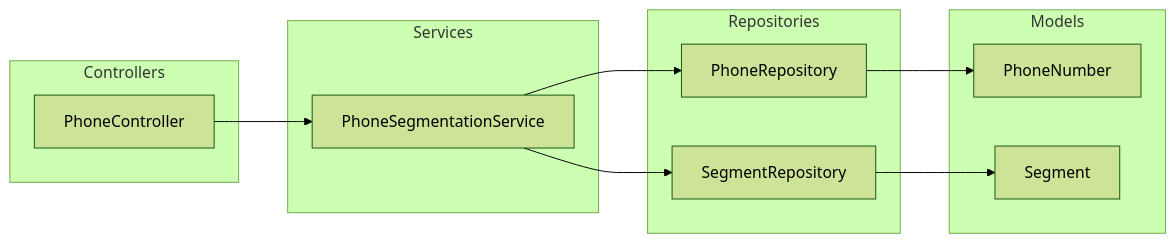
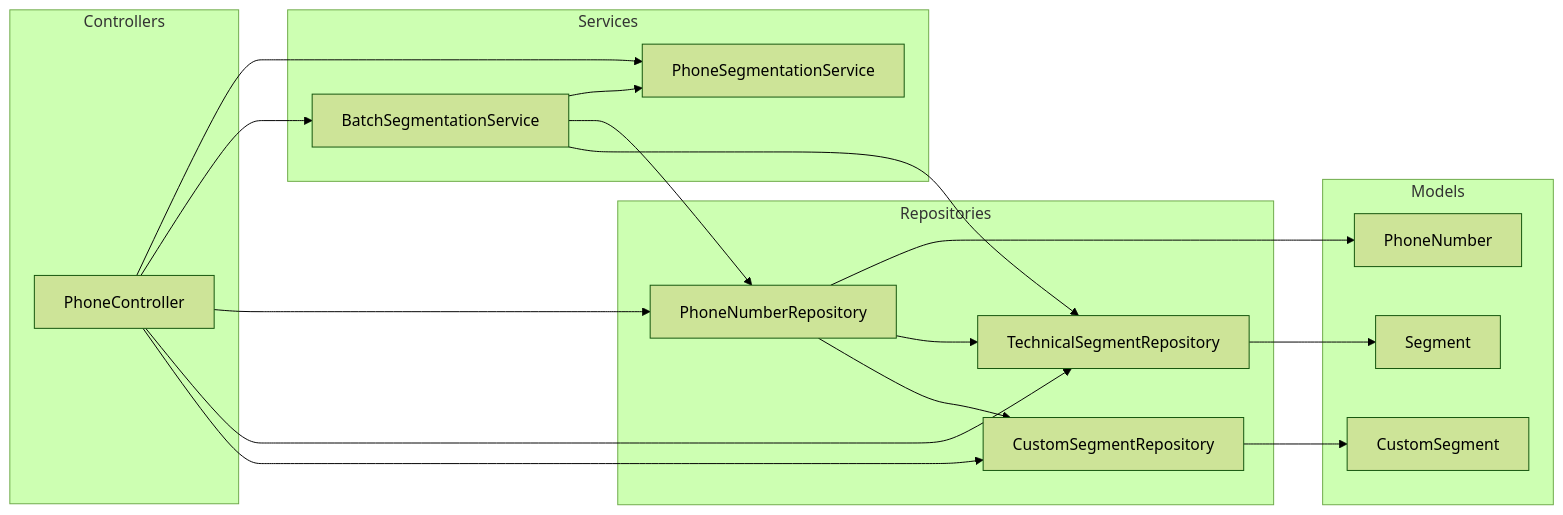
One commit to workmusicalflow/phone-numbers-seg changed the second of 2 diagrams in memory-bank/systemPatterns.md. Above: the diagram before and after it, drawn with Mermaid (forest theme). The commit also changed other lines of this file and 6 other files, not shown here.

````diff
--- a/memory-bank/systemPatterns.md
+++ b/memory-bank/systemPatterns.md
@@ -62,26 +104,37 @@
 ```mermaid
 flowchart LR
     subgraph Controllers
         PC[PhoneController]
     end
 
     subgraph Services
         PS[PhoneSegmentationService]
+        BS[BatchSegmentationService]
     end
 
     subgraph Repositories
-        PR[PhoneRepository]
-        SR[SegmentRepository]
+        PR[PhoneNumberRepository]
+        TSR[TechnicalSegmentRepository]
+        CSR[CustomSegmentRepository]
     end
 
     subgraph Models
         PM[PhoneNumber]
         SM[Segment]
+        CM[CustomSegment]
     end
 
     PC --> PS
-    PS --> PR
-    PS --> SR
+    PC --> BS
+    PC --> PR
+    PC --> TSR
+    PC --> CSR
+    BS --> PS
+    BS --> PR
+    BS --> TSR
     PR --> PM
-    SR --> SM
+    PR --> TSR
+    PR --> CSR
+    TSR --> SM
+    CSR --> CM
 ```
````
